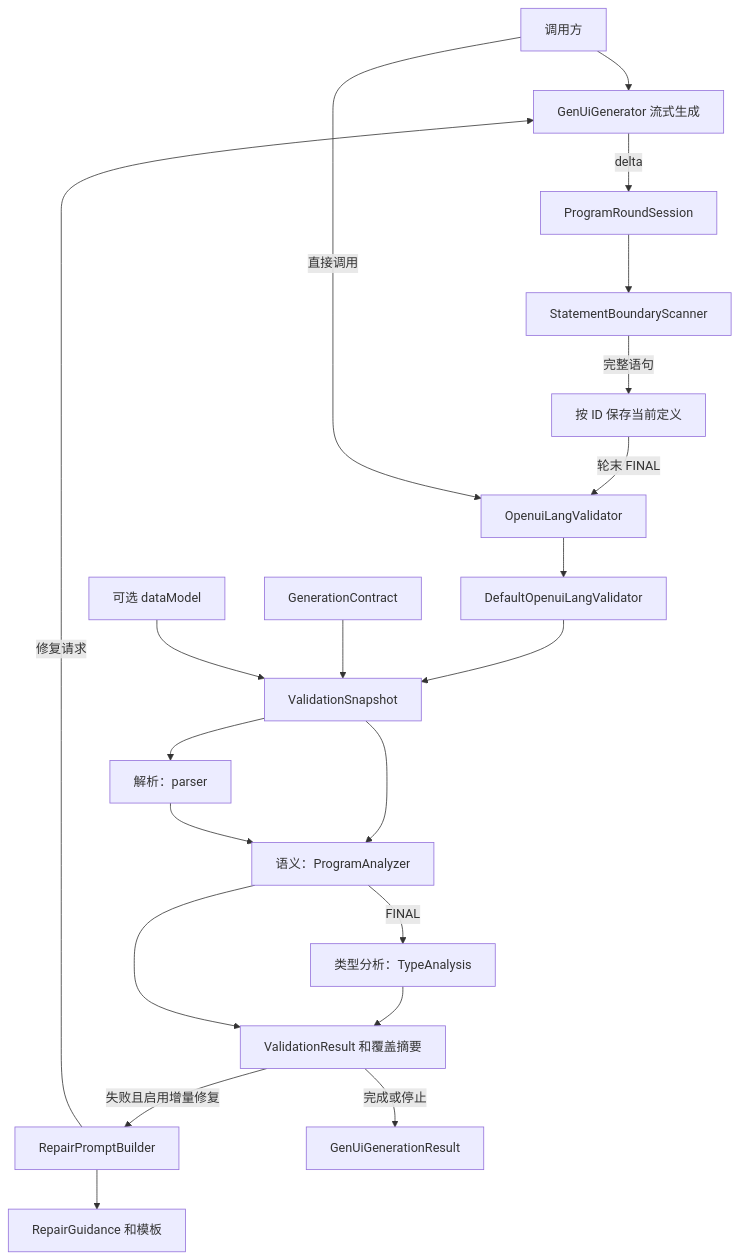
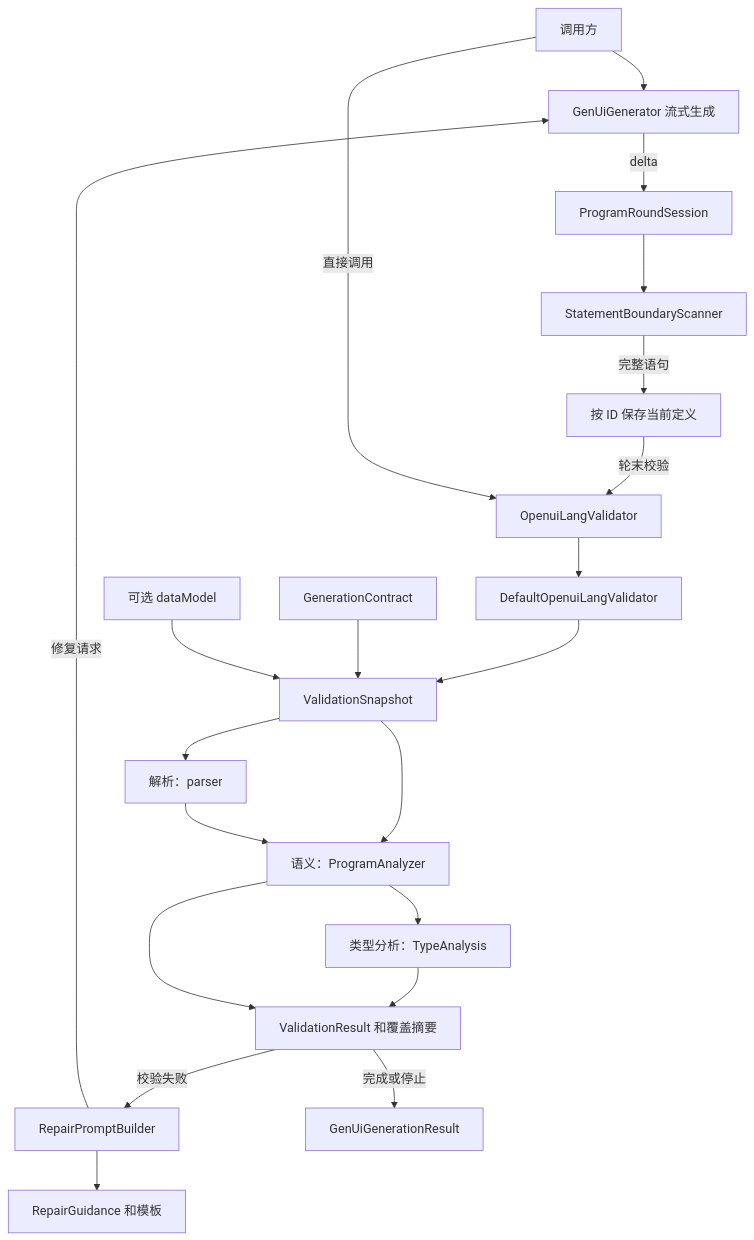
The first of 2 diagrams in packages/genui-java-sdk/docs/validation-architecture.md (HoikanChan/openui), drawn with Mermaid before and after one commit. The commit also changed other lines of this file and 26 other files, not shown here.

````diff
--- a/packages/genui-java-sdk/docs/validation-architecture.md
+++ b/packages/genui-java-sdk/docs/validation-architecture.md
@@ -9,23 +9,23 @@
 ```mermaid
 flowchart TD
     Client[调用方] --> Generator[GenUiGenerator 流式生成]
     Generator -->|delta| Session[ProgramRoundSession]
     Session --> Scanner[StatementBoundaryScanner]
     Scanner -->|完整语句| State[按 ID 保存当前定义]
-    State -->|轮末 FINAL| Validator[OpenuiLangValidator]
+    State -->|轮末校验| Validator[OpenuiLangValidator]
     Client -->|直接调用| Validator
     Validator --> Default[DefaultOpenuiLangValidator]
     Default --> Snapshot[ValidationSnapshot]
     Snapshot --> Parser[解析：parser]
     Snapshot --> Semantic[语义：ProgramAnalyzer]
     Parser --> Semantic
-    Semantic -->|FINAL| Type[类型分析：TypeAnalysis]
+    Semantic --> Type[类型分析：TypeAnalysis]
     Type --> Result[ValidationResult 和覆盖摘要]
     Semantic --> Result
-    Result -->|失败且启用增量修复| Builder[RepairPromptBuilder]
+    Result -->|校验失败| Builder[RepairPromptBuilder]
     Builder --> Guidance[RepairGuidance 和模板]
     Builder -->|修复请求| Generator
     Result -->|完成或停止| Output[GenUiGenerationResult]
     Contract[GenerationContract] --> Snapshot
     Data[可选 dataModel] --> Snapshot
 ```
````
